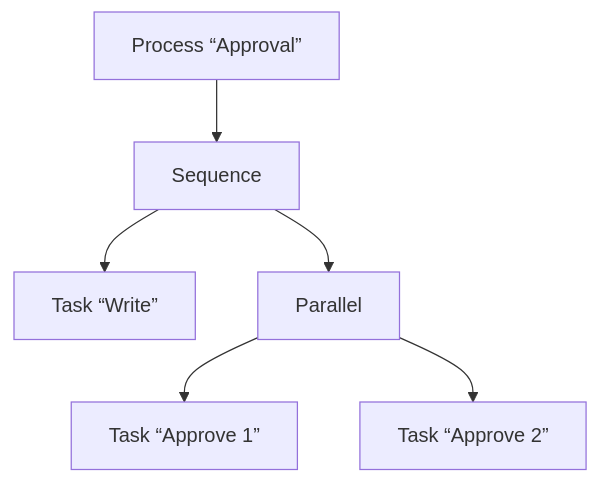
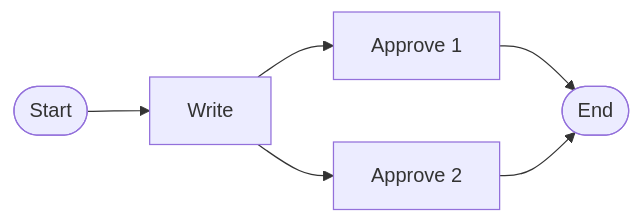
One commit to AelasticS/Synthesis changed the first of 3 diagrams in apps/docs/docs/developer-guide/concepts.md. Above: the diagram before and after it, drawn with Mermaid. The commit also changed other lines of this file, not shown here.

First line of the commit message:
docs: draw the concepts process diagrams as proper flowcharts

````diff
--- a/apps/docs/docs/developer-guide/concepts.md
+++ b/apps/docs/docs/developer-guide/concepts.md
@@ -43,8 +43,8 @@
 ```mermaid
-graph TD
-    P["Process “Approval”"] --> S["Sequence"]
-    S --> W["Task “Write”"]
-    S --> PA["Parallel"]
-    PA --> A1["Task “Approve 1”"]
-    PA --> A2["Task “Approve 2”"]
+flowchart LR
+    S([Start]) --> W[Write]
+    W --> A1[Approve 1]
+    W --> A2[Approve 2]
+    A1 --> E([End])
+    A2 --> E
 ```
````
